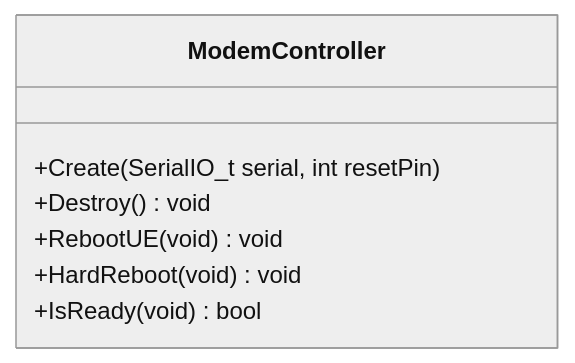
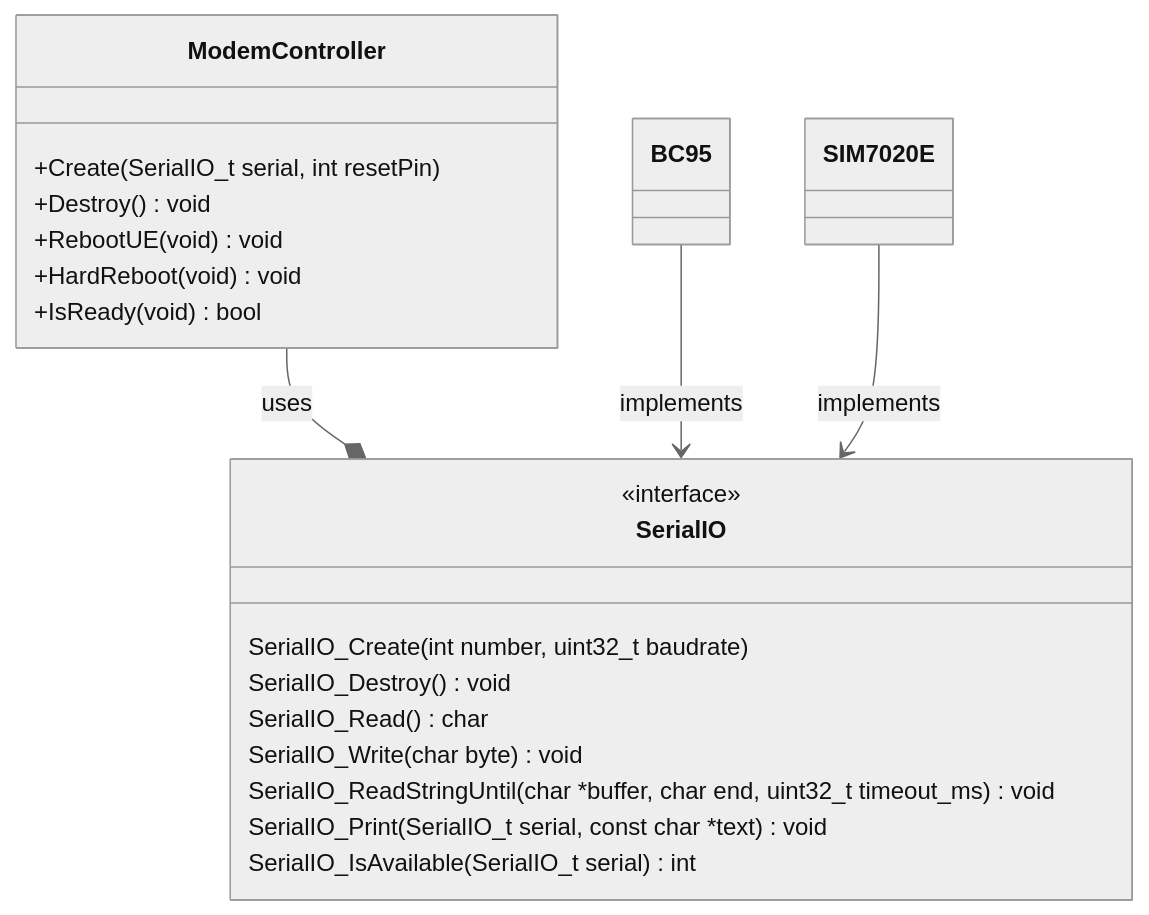
The diagram in README.md (aungkhantmaw64/BC95Driver), drawn with Mermaid (neutral theme) before and after one commit. The commit also changed other lines of this file, not shown here.

Commit message:
Add uml for SerialIO

````diff
--- a/README.md
+++ b/README.md
@@ -5,11 +5,33 @@
 ```mermaid
 classDiagram
     class ModemController{
         +Create(SerialIO_t serial, int resetPin)
         +Destroy() void
         +RebootUE(void) void
         +HardReboot(void) void
         +IsReady(void) bool
     }
 
+    class SerialIO{
+        <<interface>>
+        SerialIO_Create(int number, uint32_t baudrate)
+        SerialIO_Destroy() void
+        SerialIO_Read() char
+        SerialIO_Write(char byte) void
+        SerialIO_ReadStringUntil(char *buffer, char end, uint32_t timeout_ms) void
+    SerialIO_Print(SerialIO_t serial, const char *text) void
+    SerialIO_IsAvailable(SerialIO_t serial) int
+    }
+
+    class BC95{
+
+    }
+    class SIM7020E{
+
+    }
+
+    ModemController --* SerialIO: uses
+    BC95 --> SerialIO: implements
+    SIM7020E --> SerialIO: implements
+
 ```
````
